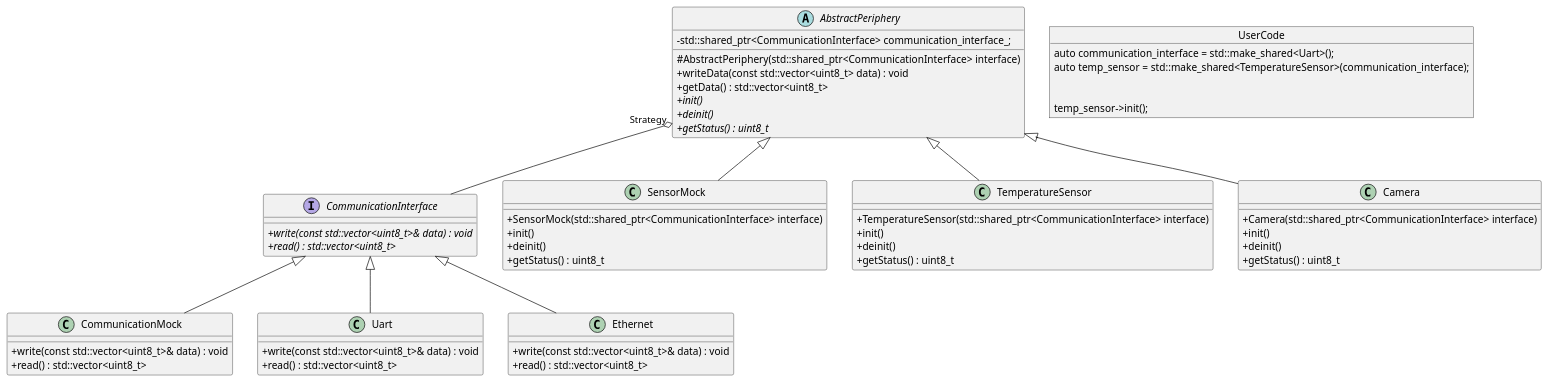
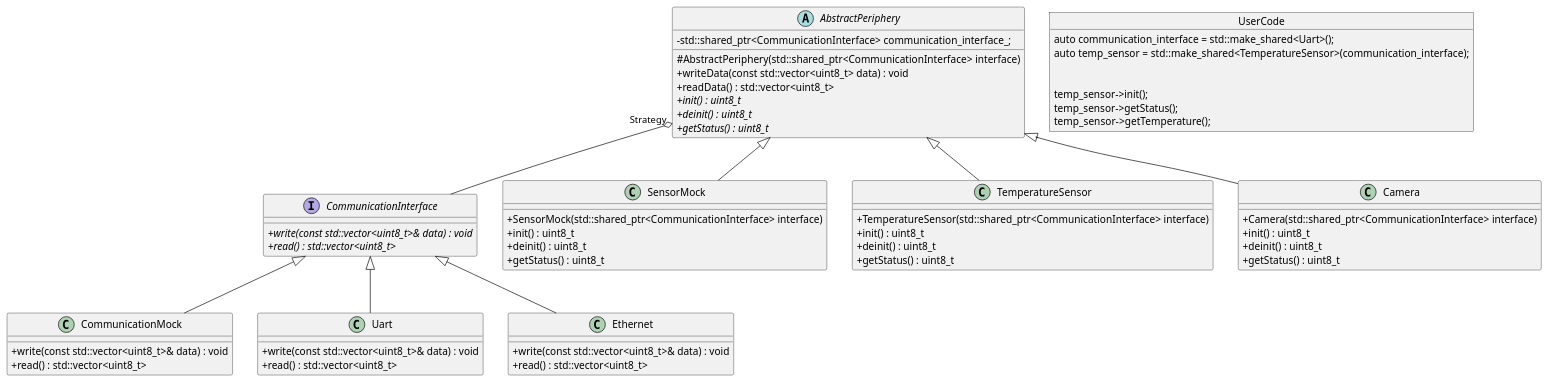
One commit to shalex88/periphery-manager changed the diagram in docs/periphery-manager.puml. Above: the diagram before and after it, drawn with PlantUML. The commit also changed 10 other files, not shown here.

```diff
--- a/docs/periphery-manager.puml
+++ b/docs/periphery-manager.puml
@@ -1,75 +1,77 @@
 @startuml reg-manager
 'https://plantuml.com/class-diagram
 skinparam classAttributeIconSize 0
 
 'Classes
 abstract AbstractPeriphery {
     -std::shared_ptr<CommunicationInterface> communication_interface_;
     #AbstractPeriphery(std::shared_ptr<CommunicationInterface> interface)
     +writeData(const std::vector<uint8_t> data) : void
-    +getData() : std::vector<uint8_t>
-    +{abstract}init()
-    +{abstract}deinit()
+    +readData() : std::vector<uint8_t>
+    +{abstract}init() : uint8_t
+    +{abstract}deinit() : uint8_t
     +{abstract}getStatus() : uint8_t
 }
 
 class SensorMock {
     +SensorMock(std::shared_ptr<CommunicationInterface> interface)
-    +init()
-    +deinit()
+    +init() : uint8_t
+    +deinit() : uint8_t
     +getStatus() : uint8_t
 }
 
 class TemperatureSensor {
     +TemperatureSensor(std::shared_ptr<CommunicationInterface> interface)
-    +init()
-    +deinit()
+    +init() : uint8_t
+    +deinit() : uint8_t
     +getStatus() : uint8_t
 }
 
 class Camera {
     +Camera(std::shared_ptr<CommunicationInterface> interface)
-    +init()
-    +deinit()
+    +init() : uint8_t
+    +deinit() : uint8_t
     +getStatus() : uint8_t
 }
 
 interface CommunicationInterface {
     +{abstract} write(const std::vector<uint8_t>& data) : void
     +{abstract} read() : std::vector<uint8_t>
 }
 
 class CommunicationMock {
     +write(const std::vector<uint8_t>& data) : void
     +read() : std::vector<uint8_t>
 }
 
 class Uart {
     +write(const std::vector<uint8_t>& data) : void
     +read() : std::vector<uint8_t>
 }
 
 class Ethernet {
     +write(const std::vector<uint8_t>& data) : void
     +read() : std::vector<uint8_t>
 }
 
 object UserCode {
     auto communication_interface = std::make_shared<Uart>();
     auto temp_sensor = std::make_shared<TemperatureSensor>(communication_interface);
     \n
     temp_sensor->init();
+    temp_sensor->getStatus();
+    temp_sensor->getTemperature();
 }
 
 'Relations
 SensorMock -up-|> AbstractPeriphery
 TemperatureSensor -up-|> AbstractPeriphery
 Camera -up-|> AbstractPeriphery
 AbstractPeriphery "Strategy" o-- CommunicationInterface
 CommunicationMock -up-|> CommunicationInterface
 Uart -up-|> CommunicationInterface
 Ethernet -up-|> CommunicationInterface
 
 'Notes
 
 @enduml
```
